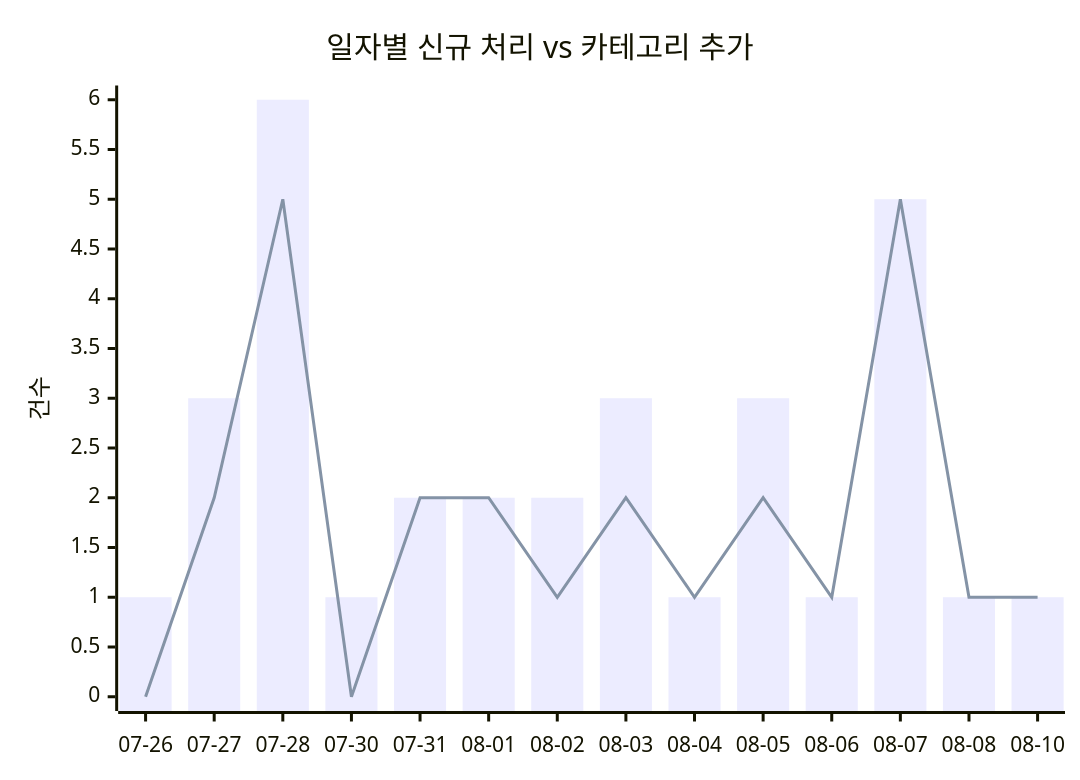
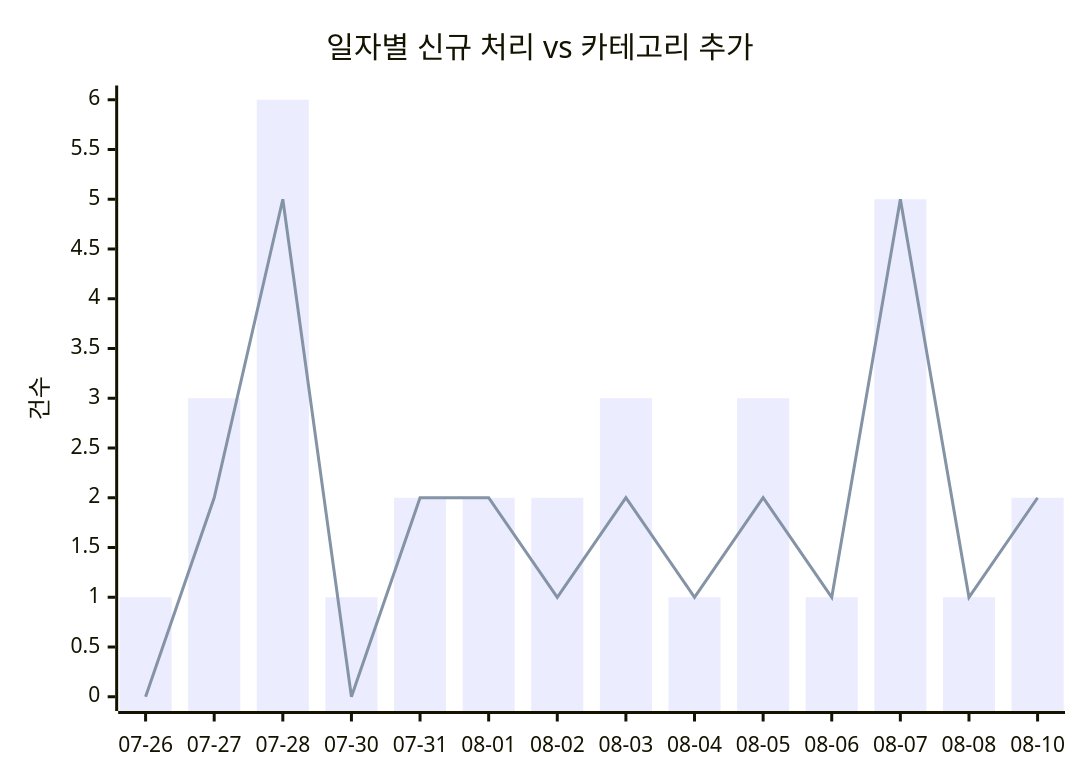
One commit to J-nowcow/awesome-korean-agent-skills changed the first of 2 diagrams in docs/trends.md. Above: the diagram before and after it, drawn with Mermaid. The commit also changed other lines of this file and 4 other files, not shown here.

````diff
--- a/docs/trends.md
+++ b/docs/trends.md
@@ -32,8 +32,8 @@
 ```mermaid
 xychart-beta
     title "일자별 신규 처리 vs 카테고리 추가"
     x-axis ["07-26","07-27","07-28","07-30","07-31","08-01","08-02","08-03","08-04","08-05","08-06","08-07","08-08","08-10"]
     y-axis "건수"
-    bar [1,3,6,1,2,2,2,3,1,3,1,5,1,1]
-    line [0,2,5,0,2,2,1,2,1,2,1,5,1,1]
+    bar [1,3,6,1,2,2,2,3,1,3,1,5,1,2]
+    line [0,2,5,0,2,2,1,2,1,2,1,5,1,2]
 ```
````
